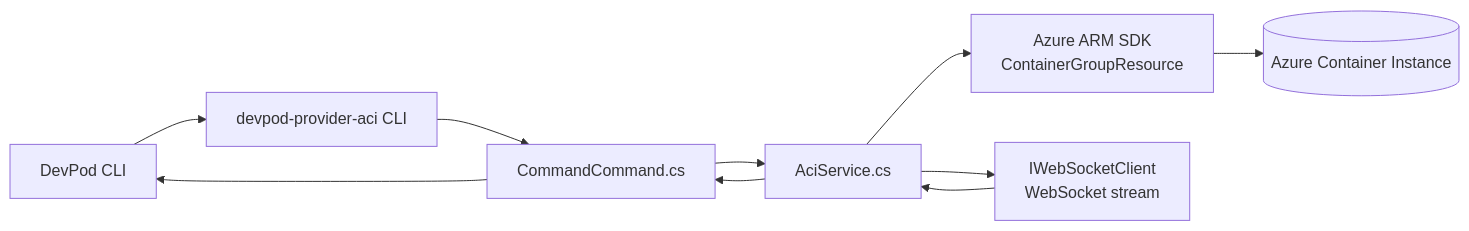
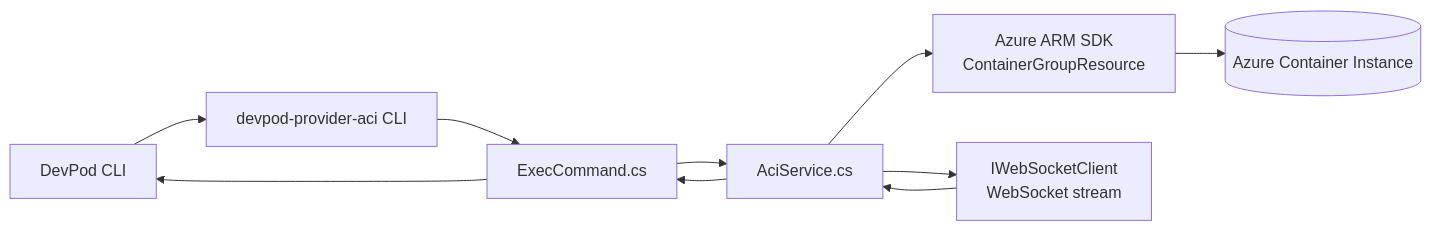
Before and after one commit to zetomatoz/devpod-provider-aci: the second of 2 diagrams in docs/command-execution-flow.md, drawn with Mermaid. The commit also changed other lines of this file and 28 other files, not shown here.

````diff
--- a/docs/command-execution-flow.md
+++ b/docs/command-execution-flow.md
@@ -37,12 +37,12 @@
 ```mermaid
 graph LR
     DevPodClient[DevPod CLI] --> ProviderBinary[devpod-provider-aci CLI]
-    ProviderBinary --> CommandLayer[CommandCommand.cs]
+    ProviderBinary --> CommandLayer[ExecCommand.cs]
     CommandLayer --> ServiceLayer[AciService.cs]
     ServiceLayer --> SDK[Azure ARM SDK<br/>ContainerGroupResource]
     SDK --> AzureACI[(Azure Container Instance)]
     ServiceLayer --> WebSocket[IWebSocketClient<br/>WebSocket stream]
     WebSocket --> ServiceLayer
     ServiceLayer --> CommandLayer
     CommandLayer --> DevPodClient
 ```
````
